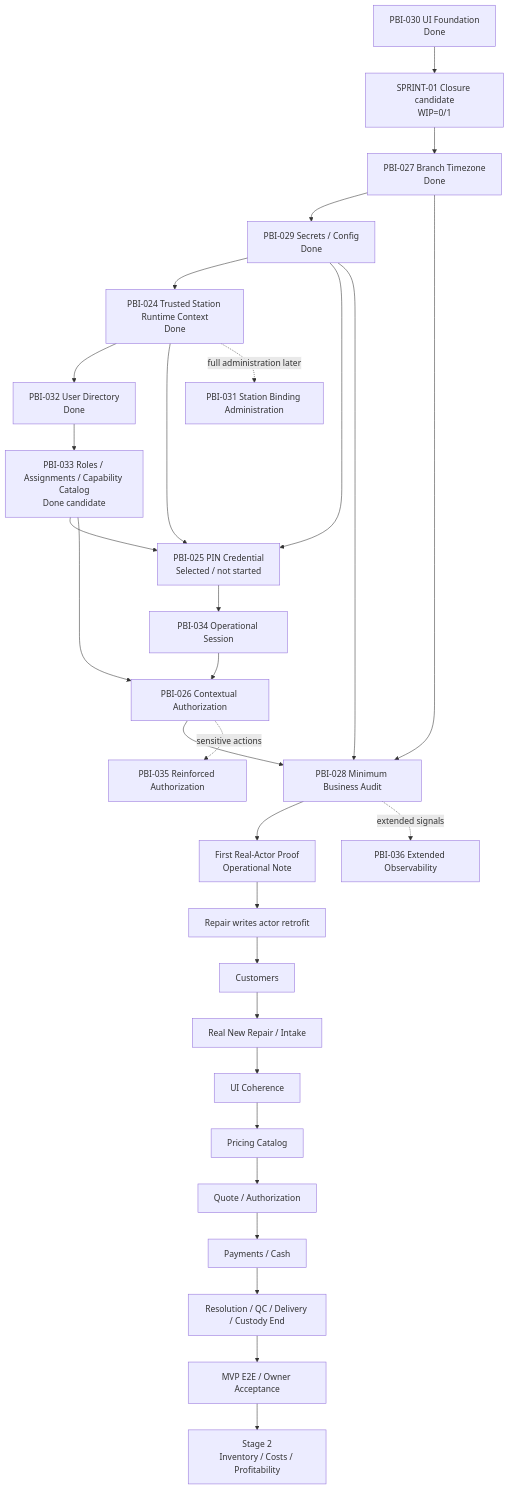
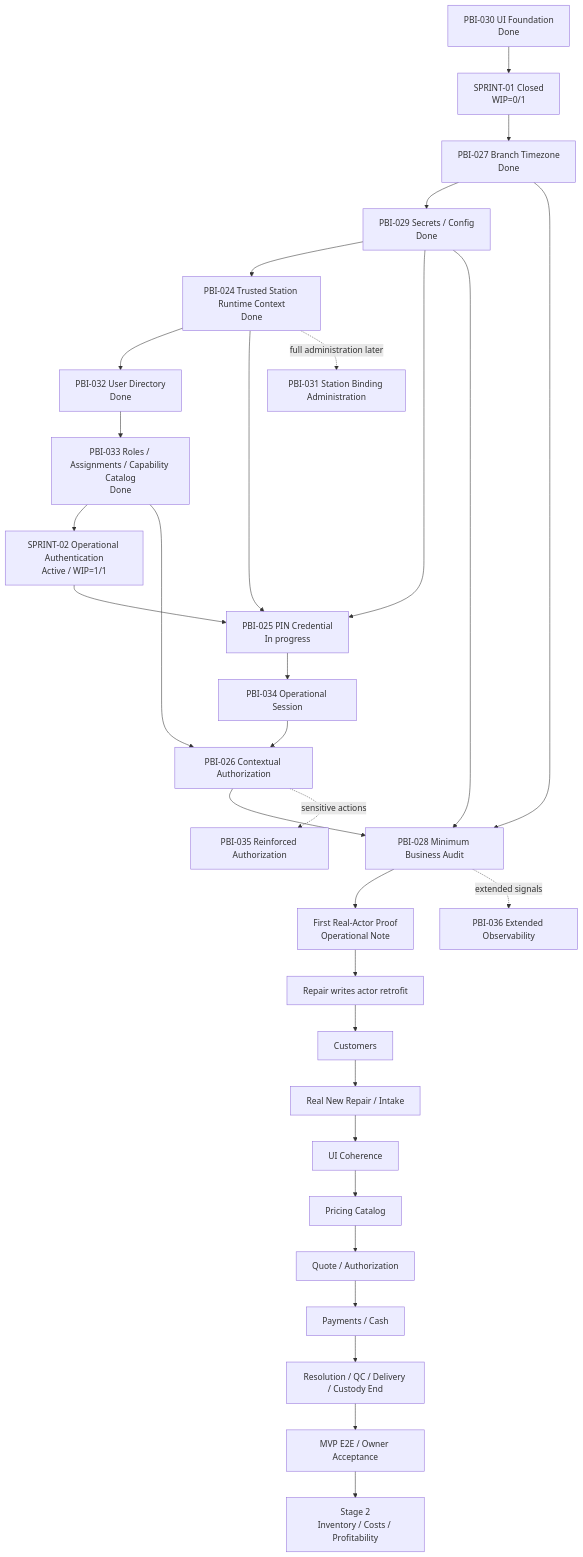
Before and after one commit to luisgtzaviles/SrTaller-2.0: the diagram in docs/backlog/DEPENDENCY_MAP.md, drawn with Mermaid. The commit also changed other lines of this file and 32 other files, not shown here.

Commit message:
docs: ready pbi-025 pin authentication

````diff
--- a/docs/backlog/DEPENDENCY_MAP.md
+++ b/docs/backlog/DEPENDENCY_MAP.md
@@ -13,32 +13,33 @@
 ```mermaid
 flowchart TD
-    P30[PBI-030 UI Foundation<br/>Done] --> S1[SPRINT-01 Closure candidate<br/>WIP=0/1]
+    P30[PBI-030 UI Foundation<br/>Done] --> S1[SPRINT-01 Closed<br/>WIP=0/1]
     S1 --> P27[PBI-027 Branch Timezone<br/>Done]
     P27 --> P29[PBI-029 Secrets / Config<br/>Done]
     P29 --> P24[PBI-024 Trusted Station Runtime Context<br/>Done]
     P24 --> P32[PBI-032 User Directory<br/>Done]
-    P32 --> P33[PBI-033 Roles / Assignments / Capability Catalog<br/>Done candidate]
-    P33 --> P25[PBI-025 PIN Credential<br/>Selected / not started]
+    P32 --> P33[PBI-033 Roles / Assignments / Capability Catalog<br/>Done]
+    P33 --> S2[SPRINT-02 Operational Authentication<br/>Active / WIP=1/1]
+    S2 --> P25[PBI-025 PIN Credential<br/>In progress]
     P24 --> P25
     P29 --> P25
     P25 --> P34[PBI-034 Operational Session]
     P34 --> P26[PBI-026 Contextual Authorization]
     P33 --> P26
     P26 --> P28[PBI-028 Minimum Business Audit]
     P27 --> P28
     P29 --> P28
     P28 --> NOTE[First Real-Actor Proof<br/>Operational Note]
     NOTE --> RETRO[Repair writes actor retrofit]
     RETRO --> CUSTOMERS[Customers]
     CUSTOMERS --> INTAKE[Real New Repair / Intake]
     INTAKE --> POLISH[UI Coherence]
     POLISH --> PRICING[Pricing Catalog]
     PRICING --> QUOTE[Quote / Authorization]
     QUOTE --> MONEY[Payments / Cash]
     MONEY --> DELIVERY[Resolution / QC / Delivery / Custody End]
     DELIVERY --> MVP[MVP E2E / Owner Acceptance]
     P24 -. full administration later .-> P31[PBI-031 Station Binding Administration]
     P26 -. sensitive actions .-> P35[PBI-035 Reinforced Authorization]
     P28 -. extended signals .-> P36[PBI-036 Extended Observability]
     MVP --> STAGE2[Stage 2<br/>Inventory / Costs / Profitability]
 ```
````
